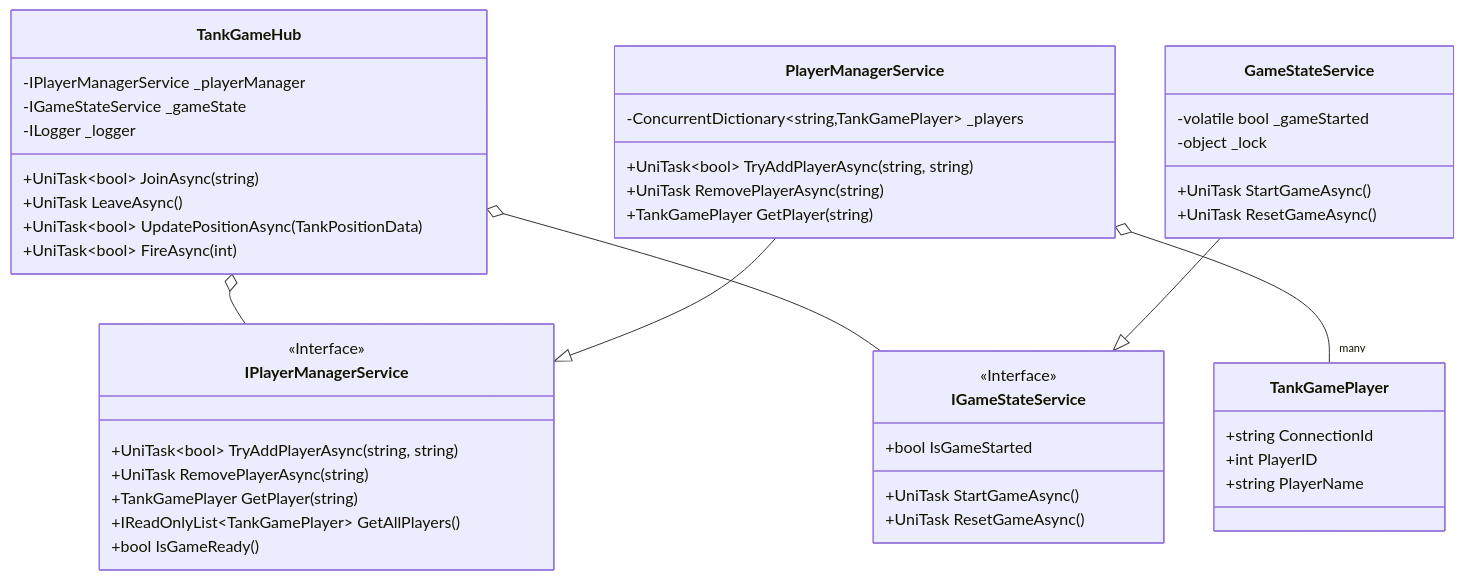
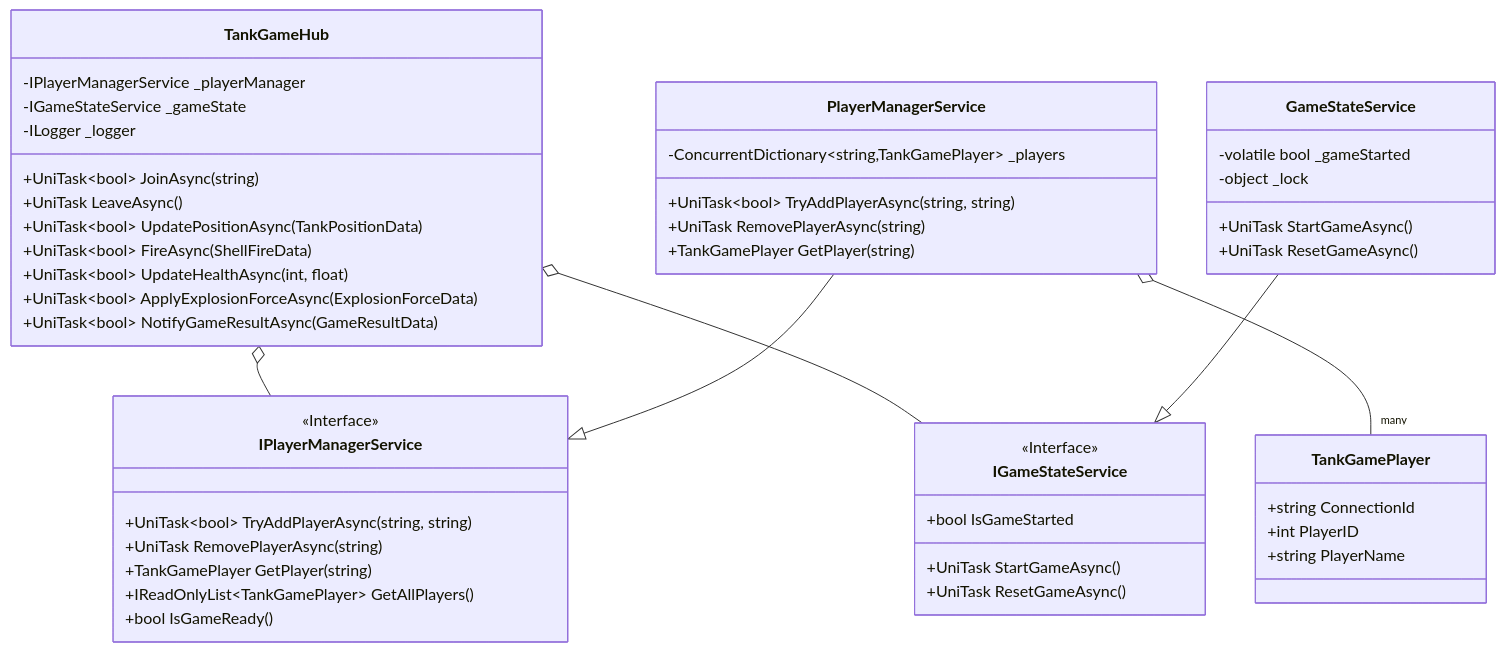
One commit to Kaguchi08/tanks_ex changed the fourth of 4 diagrams in DESIGN_DOCUMENT.md. Above: the diagram before and after it, drawn with Mermaid. The commit also changed other lines of this file, not shown here.

````diff
--- a/DESIGN_DOCUMENT.md
+++ b/DESIGN_DOCUMENT.md
@@ -331,56 +442,59 @@
 ```mermaid
 classDiagram
     direction TB
 
     class TankGameHub {
         -IPlayerManagerService _playerManager
         -IGameStateService _gameState
         -ILogger _logger
         +UniTask~bool~ JoinAsync(string)
         +UniTask LeaveAsync()
         +UniTask~bool~ UpdatePositionAsync(TankPositionData)
-        +UniTask~bool~ FireAsync(int)
+        +UniTask~bool~ FireAsync(ShellFireData)
+        +UniTask~bool~ UpdateHealthAsync(int, float)
+        +UniTask~bool~ ApplyExplosionForceAsync(ExplosionForceData)
+        +UniTask~bool~ NotifyGameResultAsync(GameResultData)
     }
 
     class IPlayerManagerService {
         <<Interface>>
         +UniTask~bool~ TryAddPlayerAsync(string, string)
         +UniTask RemovePlayerAsync(string)
         +TankGamePlayer GetPlayer(string)
         +IReadOnlyList~TankGamePlayer~ GetAllPlayers()
         +bool IsGameReady()
     }
 
     class PlayerManagerService {
         -ConcurrentDictionary~string,TankGamePlayer~ _players
         +UniTask~bool~ TryAddPlayerAsync(string, string)
         +UniTask RemovePlayerAsync(string)
         +TankGamePlayer GetPlayer(string)
     }
 
     class IGameStateService {
         <<Interface>>
         +bool IsGameStarted
         +UniTask StartGameAsync()
         +UniTask ResetGameAsync()
     }
 
     class GameStateService {
         -volatile bool _gameStarted
         -object _lock
         +UniTask StartGameAsync()
         +UniTask ResetGameAsync()
     }
 
     class TankGamePlayer {
         +string ConnectionId
         +int PlayerID
         +string PlayerName
     }
 
     TankGameHub o-- IPlayerManagerService
     TankGameHub o-- IGameStateService
     PlayerManagerService --|> IPlayerManagerService
     GameStateService --|> IGameStateService
     PlayerManagerService o-- "many" TankGamePlayer
 ```
````
